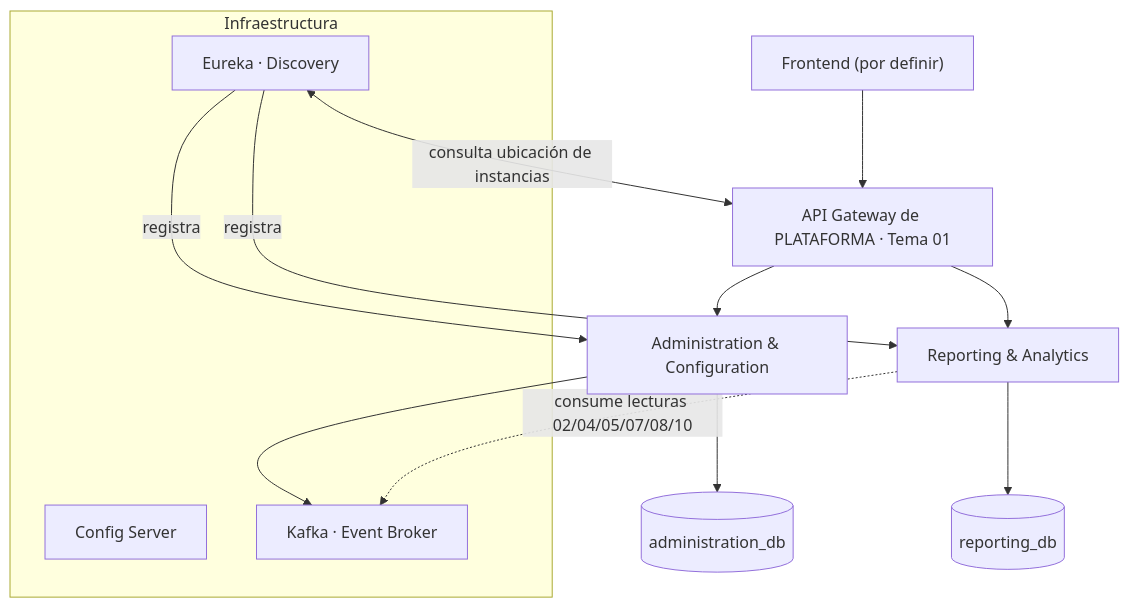
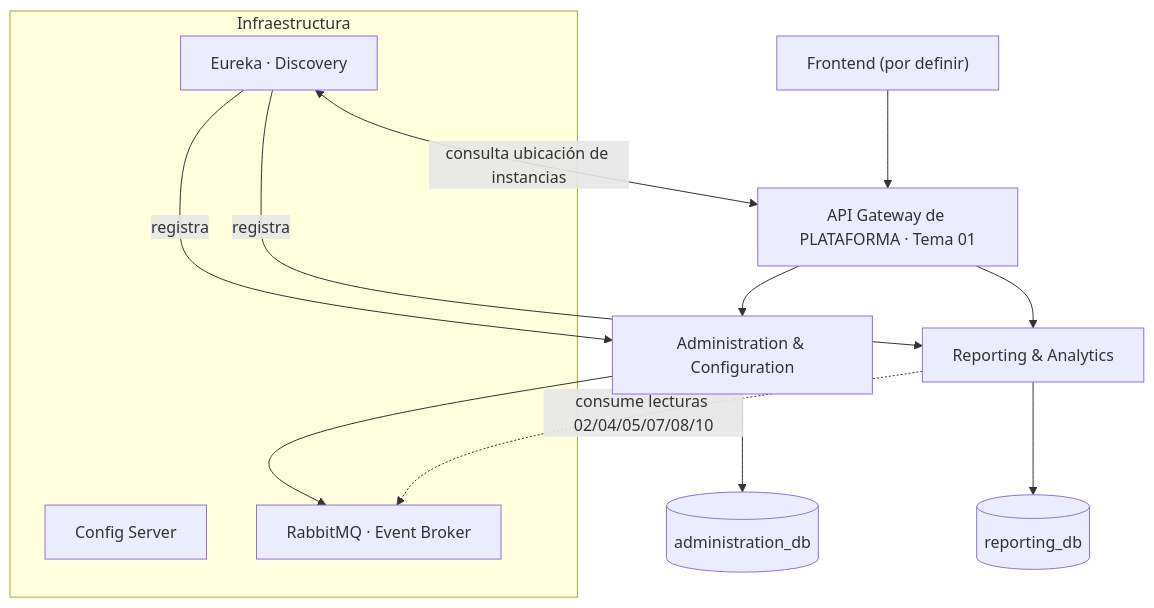
Before and after one commit to 2W2-114324-Carballo-Juarez-Mateo/backoffice-docs: the diagram in docs/backend/arquitectura/vista-general.md, drawn with Mermaid. The commit also changed other lines of this file and 18 other files, not shown here.

Commit message:
docs: RabbitMQ como broker (híbrido REST + eventos + caché TTL) y caso ADMIN entre cursos

````diff
--- a/docs/backend/arquitectura/vista-general.md
+++ b/docs/backend/arquitectura/vista-general.md
@@ -7,21 +7,21 @@
 ```mermaid
 flowchart TB
     FE["Frontend (por definir)"] --> GW[API Gateway de PLATAFORMA · Tema 01]
     GW --> AD[Administration & Configuration]
     GW --> RP[Reporting & Analytics]
 
     AD --> DB1[(administration_db)]
     RP --> DB2[(reporting_db)]
 
     subgraph INFRA[Infraestructura]
         EU[Eureka · Discovery]
         CFG[Config Server]
-        RQ[Kafka · Event Broker]
+        RQ[RabbitMQ · Event Broker]
     end
 
     AD --> RQ
     RP -. consume lecturas 02/04/05/07/08/10 .-> RQ
     EU <-->|consulta ubicación de instancias| GW
     EU <-. registra .- AD
     EU <-. registra .- RP
 ```
````
